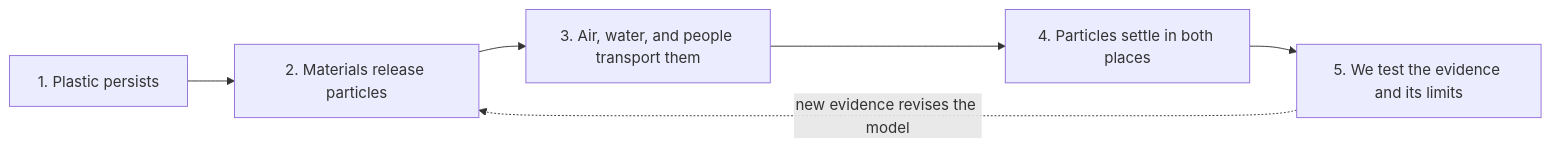
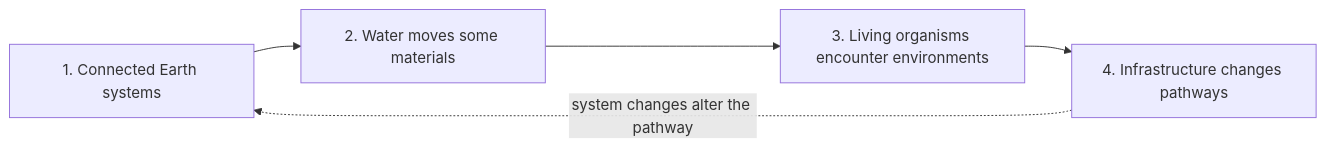
One commit to pzg8794/EDU486 changed the diagram in assignments/05-july14-camp-prep/invisible-invaders-gotta-have-checklist-evidence-map.md. Above: the diagram before and after it, drawn with Mermaid. The commit also changed other lines of this file and 39 other files, not shown here.

````diff
--- a/assignments/05-july14-camp-prep/invisible-invaders-gotta-have-checklist-evidence-map.md
+++ b/assignments/05-july14-camp-prep/invisible-invaders-gotta-have-checklist-evidence-map.md
@@ -21,8 +18,7 @@
 ```mermaid
 flowchart LR
-    A["1. Plastic persists"] --> B["2. Materials release particles"]
-    B --> C["3. Air, water, and people transport them"]
-    C --> D["4. Particles settle in both places"]
-    D --> E["5. We test the evidence and its limits"]
-    E -. "new evidence revises the model" .-> B
+    A["1. Connected Earth systems"] --> B["2. Water moves some materials"]
+    B --> C["3. Living organisms encounter environments"]
+    C --> D["4. Infrastructure changes pathways"]
+    D -. "system changes alter the pathway" .-> A
 ```
````
